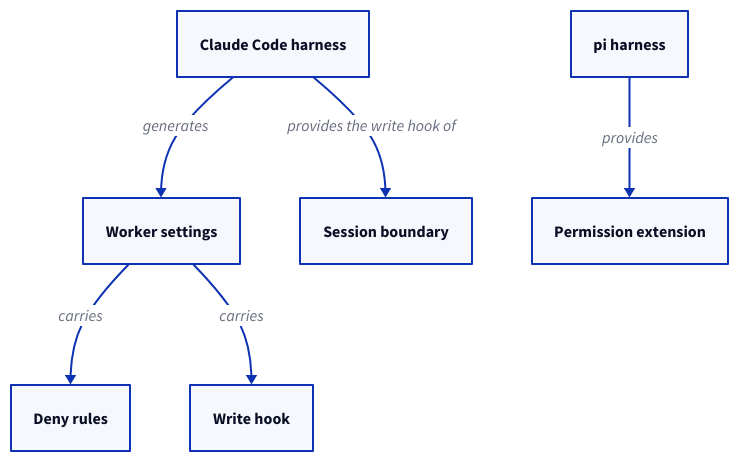
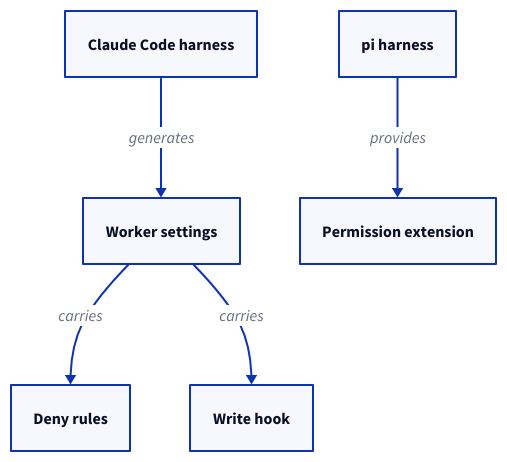
The third of 3 diagrams in specs/concorde/worker-harness/harness/module.md (FTOD/concorde), drawn with D2 before and after one commit. The commit also changed other lines of this file and 109 other files, not shown here.

````diff
--- a/specs/concorde/worker-harness/harness/module.md
+++ b/specs/concorde/worker-harness/harness/module.md
@@ -225,14 +166,12 @@
 ```d2
 claude: Claude Code harness
 pi: pi harness
 settings: Worker settings
 deny: Deny rules
 hook: Write hook
 ext: Permission extension
-session: Session boundary
 claude -> settings: generates
 settings -> deny: carries
 settings -> hook: carries
 pi -> ext: provides
-claude -> session: provides the write hook of
 ```
````
